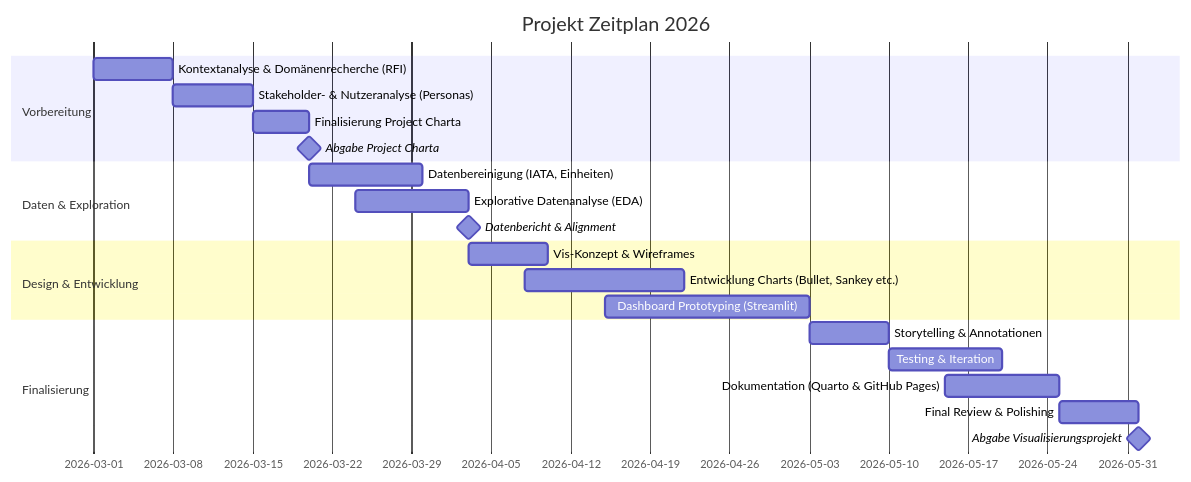
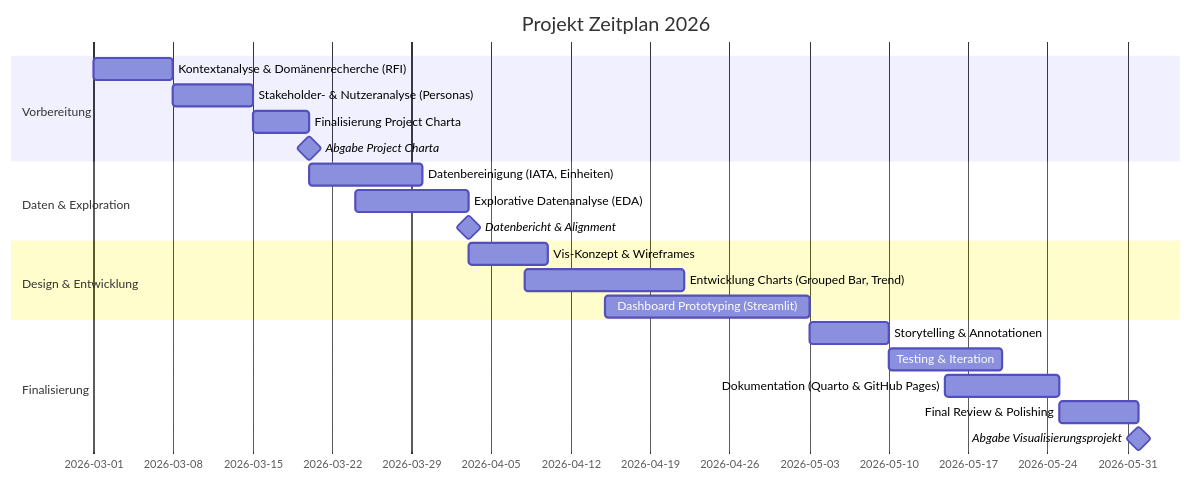
Before and after one commit to vdss-fs26-ds24t/ds24-6-vdss-project: the diagram in docs/project_charta.qmd, drawn with Mermaid. The commit also changed other lines of this file and 2 other files, not shown here.

First line of the commit message:
Align project charter with dashboard: operational focus for team heads

````diff
--- a/docs/project_charta.qmd
+++ b/docs/project_charta.qmd
@@ -108,31 +247,31 @@
 ```{mermaid}
 %%| label: fig-project-plan
-%%| fig-cap: Vorläufiger Zeitplan des Visualisierungsprojekts.
+%%| fig-cap: Projektzeitplan (März–Juni 2026)
 gantt
     title Projekt Zeitplan 2026
     dateFormat YYYY-MM-DD
     tickInterval 1week
 
     section Vorbereitung
         Kontextanalyse & Domänenrecherche (RFI)    :a1, 2026-03-01, 7d
         Stakeholder- & Nutzeranalyse (Personas)    :a2, 2026-03-08, 7d
         Finalisierung Project Charta               :a3, 2026-03-15, 5d
         Abgabe Project Charta                      :milestone, m1, 2026-03-20, 0d
 
     section Daten & Exploration
         Datenbereinigung (IATA, Einheiten)         :b1, 2026-03-20, 10d
         Explorative Datenanalyse (EDA)             :b2, 2026-03-24, 10d
         Datenbericht & Alignment                   :milestone, m2, 2026-04-03, 0d
 
     section Design & Entwicklung
         Vis-Konzept & Wireframes                   :c1, 2026-04-03, 7d
-        Entwicklung Charts (Bullet, Sankey etc.)   :c2, 2026-04-08, 14d
+        Entwicklung Charts (Grouped Bar, Trend)    :c2, 2026-04-08, 14d
         Dashboard Prototyping (Streamlit)          :c3, 2026-04-15, 18d
 
     section Finalisierung
         Storytelling & Annotationen                :d1, 2026-05-03, 7d
         Testing & Iteration                        :d2, 2026-05-10, 10d
         Dokumentation (Quarto & GitHub Pages)      :d3, 2026-05-15, 10d
         Final Review & Polishing                   :d4, 2026-05-25, 7d
         Abgabe Visualisierungsprojekt              :milestone, m3, 2026-06-01, 0d
 ```
````
